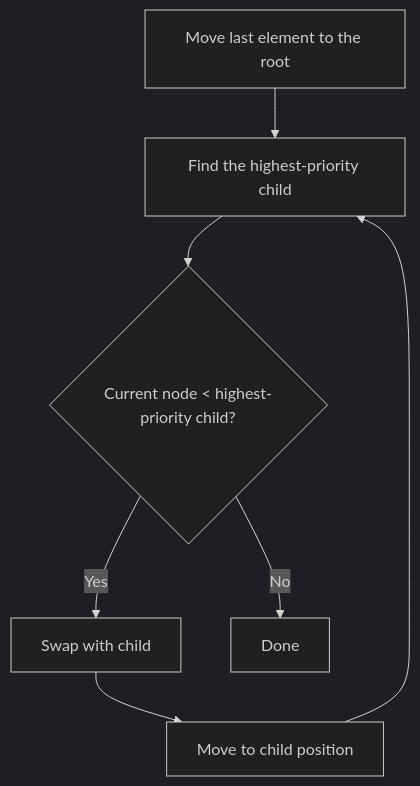
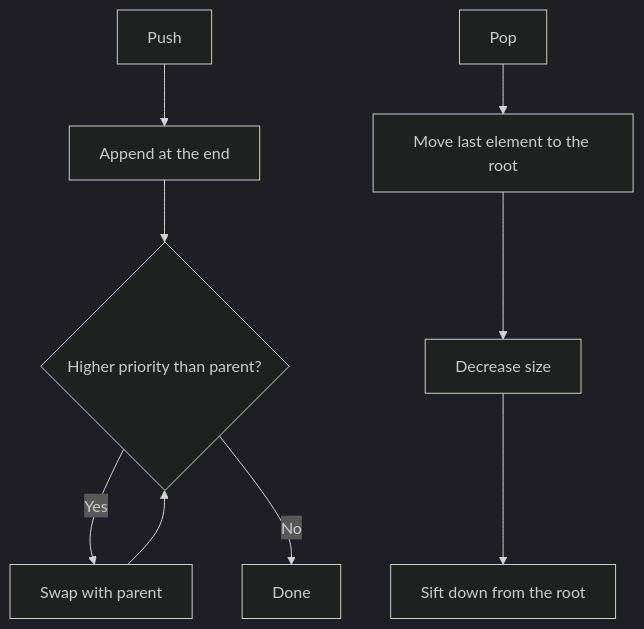
Before and after one commit to anjuxi/C-heap: the second of 2 diagrams in README.md, drawn with Mermaid (dark theme). The commit also changed other lines of this file and 6 other files, not shown here.

````diff
--- a/README.md
+++ b/README.md
@@ -130,10 +34,12 @@
 ```mermaid
 flowchart TD
-    A[Move last element to the root] --> B[Find the highest-priority child]
-    C{Current node < highest-priority child?}
-    C -->|Yes| D[Swap with child]
-    D --> E[Move to child position]
-    E --> B
-    C -->|No| F[Done]
-    B --> C
+    A[Push] --> B[Append at the end]
+    B --> C{Higher priority than parent?}
+    C -->|Yes| D[Swap with parent]
+    D --> C
+    C -->|No| E[Done]
+
+    F[Pop] --> G[Move last element to the root]
+    G --> H[Decrease size]
+    H --> I[Sift down from the root]
 ```
````
